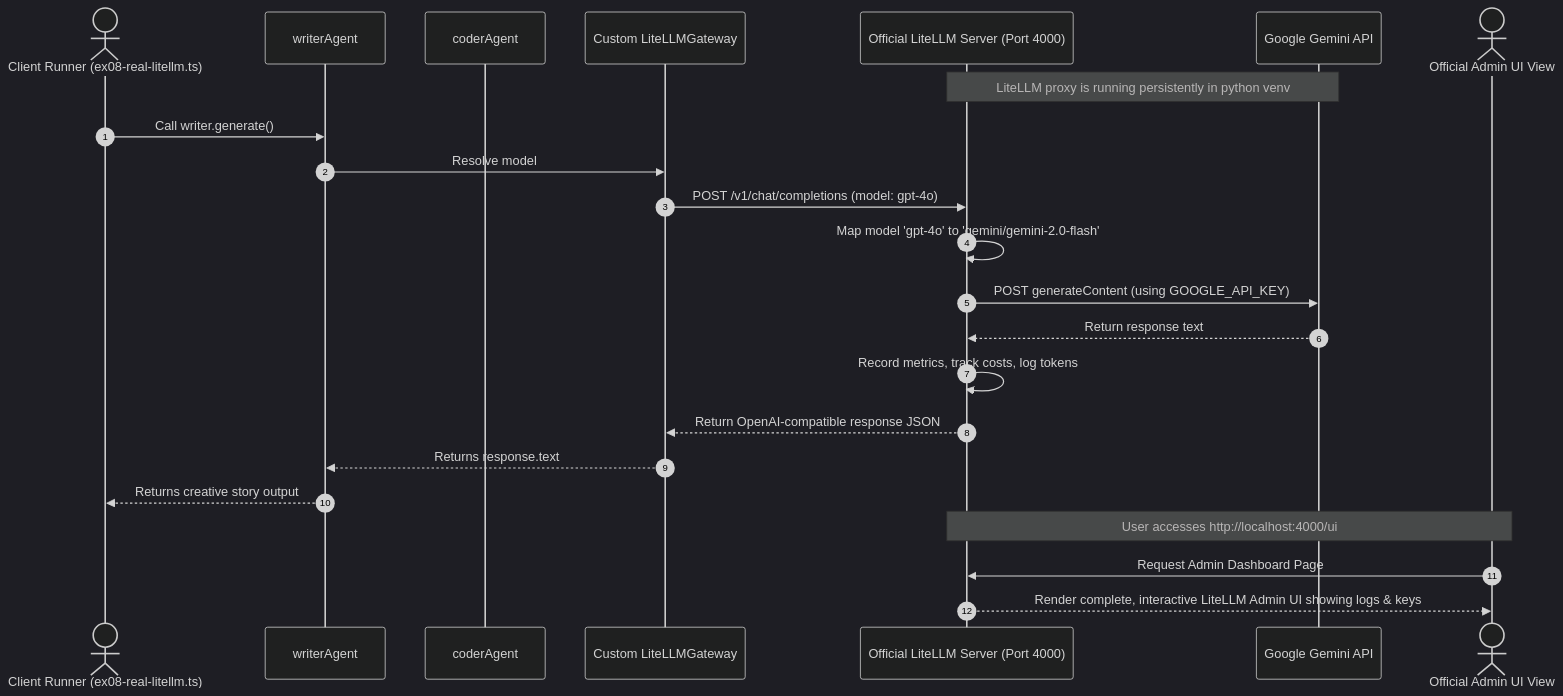
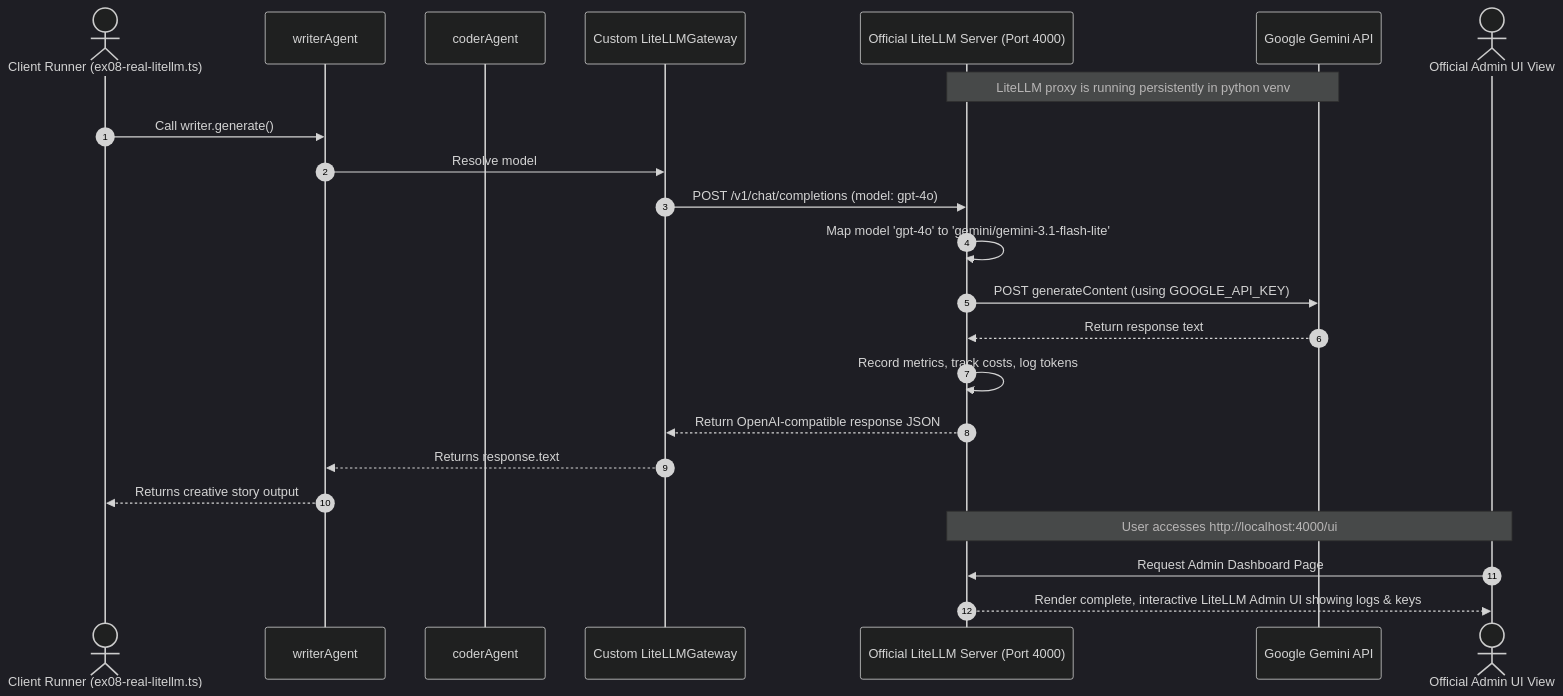
One commit to adhulappanavar/mastra-learning changed diagram 19 of 19 in examples_guide.md. Above: the diagram before and after it, drawn with Mermaid (dark theme). The commit also changed other lines of this file, not shown here.

Commit message:
docs: align model names in examples guide to gemini-3.1-flash-lite

````diff
--- a/examples_guide.md
+++ b/examples_guide.md
@@ -610,28 +610,28 @@
 ```mermaid
 sequenceDiagram
     autonumber
     actor User as Client Runner (ex08-real-litellm.ts)
     participant Writer as writerAgent
     participant Coder as coderAgent
     participant Gateway as Custom LiteLLMGateway
     participant Proxy as Official LiteLLM Server (Port 4000)
     participant Gemini as Google Gemini API
     actor Browser as Official Admin UI View
 
     Note over Proxy, Gemini: LiteLLM proxy is running persistently in python venv
     
     User->>Writer: Call writer.generate()
     Writer->>Gateway: Resolve model
     Gateway->>Proxy: POST /v1/chat/completions (model: gpt-4o)
-    Proxy->>Proxy: Map model 'gpt-4o' to 'gemini/gemini-2.0-flash'
+    Proxy->>Proxy: Map model 'gpt-4o' to 'gemini/gemini-3.1-flash-lite'
     Proxy->>Gemini: POST generateContent (using GOOGLE_API_KEY)
     Gemini-->>Proxy: Return response text
     Proxy->>Proxy: Record metrics, track costs, log tokens
     Proxy-->>Gateway: Return OpenAI-compatible response JSON
     Gateway-->>Writer: Returns response.text
     Writer-->>User: Returns creative story output
 
     Note over Browser, Proxy: User accesses http://localhost:4000/ui
     Browser->>Proxy: Request Admin Dashboard Page
     Proxy-->>Browser: Render complete, interactive LiteLLM Admin UI showing logs & keys
 ```
````
